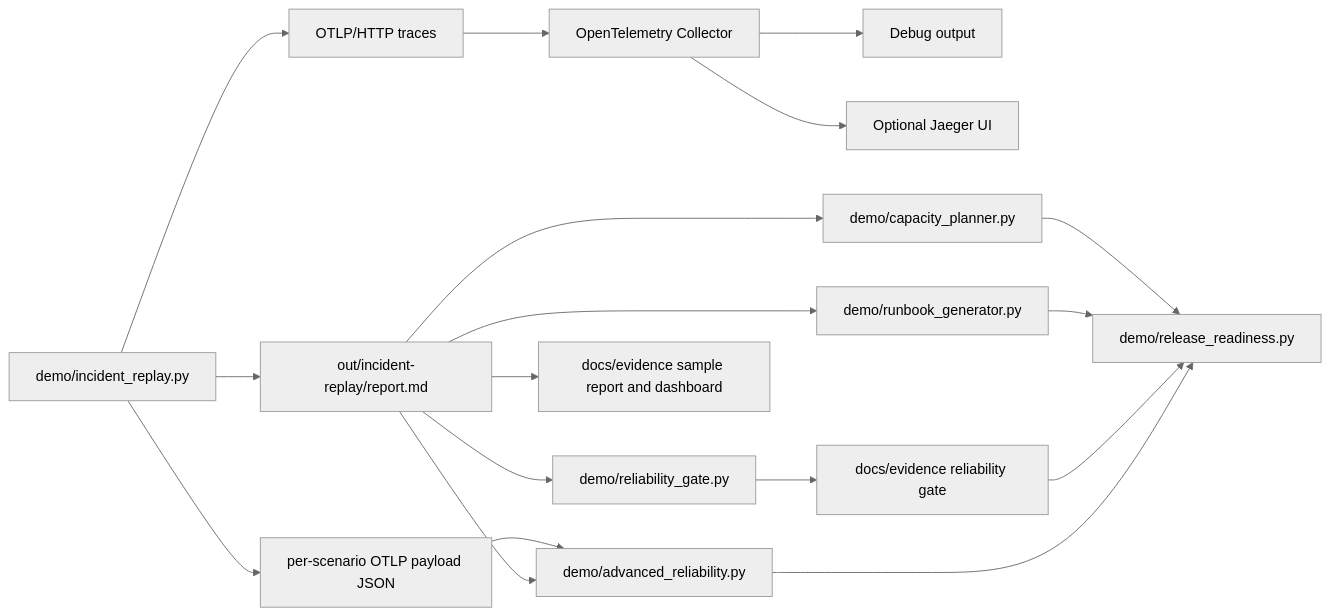
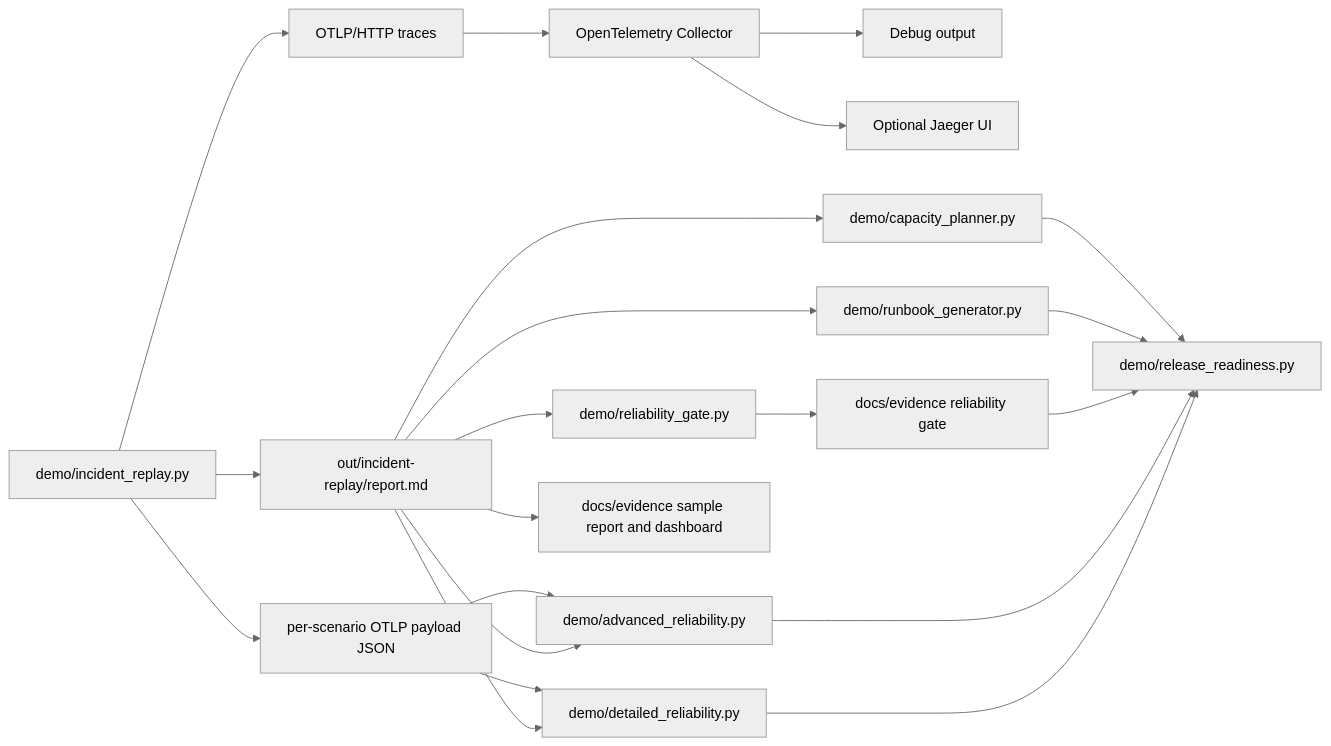
One commit to Haihan-Jiang/gke-ai-workload-observability-recipes changed the diagram in docs/architecture/incident-replay.md. Above: the diagram before and after it, drawn with Mermaid (neutral theme). The commit also changed other lines of this file and 27 other files, not shown here.

Commit message:
Add detailed inference reliability controls

````diff
--- a/docs/architecture/incident-replay.md
+++ b/docs/architecture/incident-replay.md
@@ -9,20 +9,23 @@
 ```mermaid
 flowchart LR
 replay["demo/incident_replay.py"] --> otlp["OTLP/HTTP traces"]
 replay --> payloads["per-scenario OTLP payload JSON"]
 otlp --> collector["OpenTelemetry Collector"]
 collector --> debug["Debug output"]
 collector --> jaeger["Optional Jaeger UI"]
 replay --> report["out/incident-replay/report.md"]
 report --> gate["demo/reliability_gate.py"]
 gate --> gateEvidence["docs/evidence reliability gate"]
 report --> capacity["demo/capacity_planner.py"]
 report --> runbooks["demo/runbook_generator.py"]
 payloads --> advanced["demo/advanced_reliability.py"]
 report --> advanced
+payloads --> detailed["demo/detailed_reliability.py"]
+report --> detailed
 capacity --> readiness["demo/release_readiness.py"]
 runbooks --> readiness
 gateEvidence --> readiness
 advanced --> readiness
+detailed --> readiness
 report --> evidence["docs/evidence sample report and dashboard"]
 ```
````
